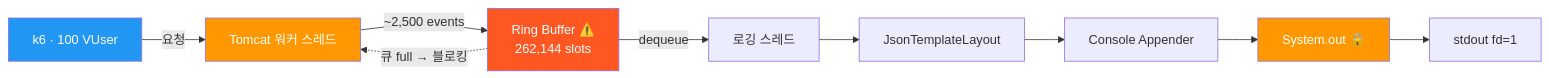
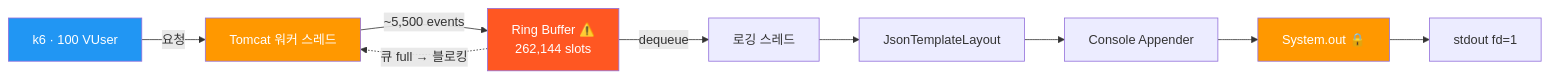
Before and after one commit to gukin-han/logging-lab: the third of 5 diagrams in docs/data-flow.md, drawn with Mermaid. The commit also changed other lines of this file and 4 other files, not shown here.

````diff
--- a/docs/data-flow.md
+++ b/docs/data-flow.md
@@ -58,16 +58,16 @@
 ```mermaid
 flowchart LR
     Client["k6 · 100 VUser"] -->|"요청"| T["Tomcat 워커 스레드"]
-    T -->|"~2,500 events"| RB["Ring Buffer ⚠️\n262,144 slots"]
+    T -->|"~5,500 events"| RB["Ring Buffer ⚠️\n262,144 slots"]
     RB -->|"dequeue"| LT["로깅 스레드"]
     LT --> JTL["JsonTemplateLayout"]
     JTL --> CA["Console Appender"]
     CA --> SOUT["System.out 🔒"]
     SOUT --> FD["stdout fd=1"]
     RB -.->|"큐 full → 블로킹"| T
 
     style T fill:#FF9800,color:#fff
     style RB fill:#FF5722,color:#fff
     style SOUT fill:#FF9800,color:#fff
     style Client fill:#2196F3,color:#fff
 ```
````
